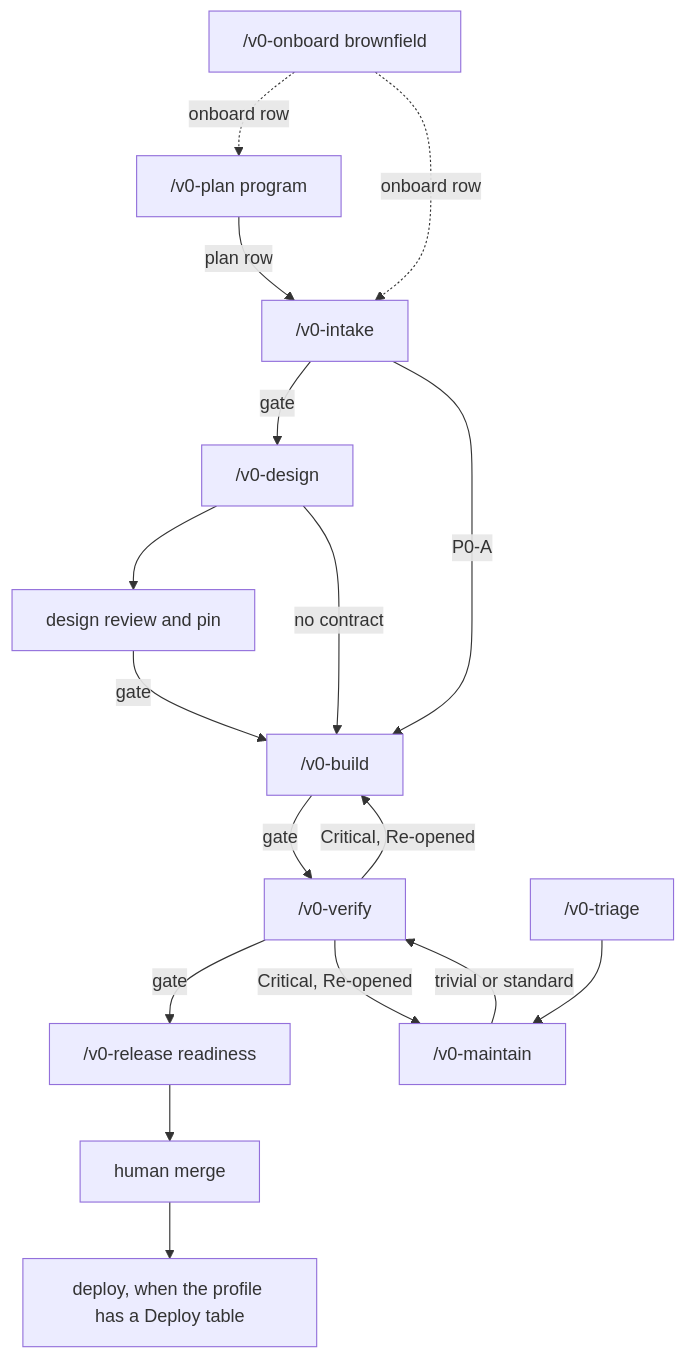
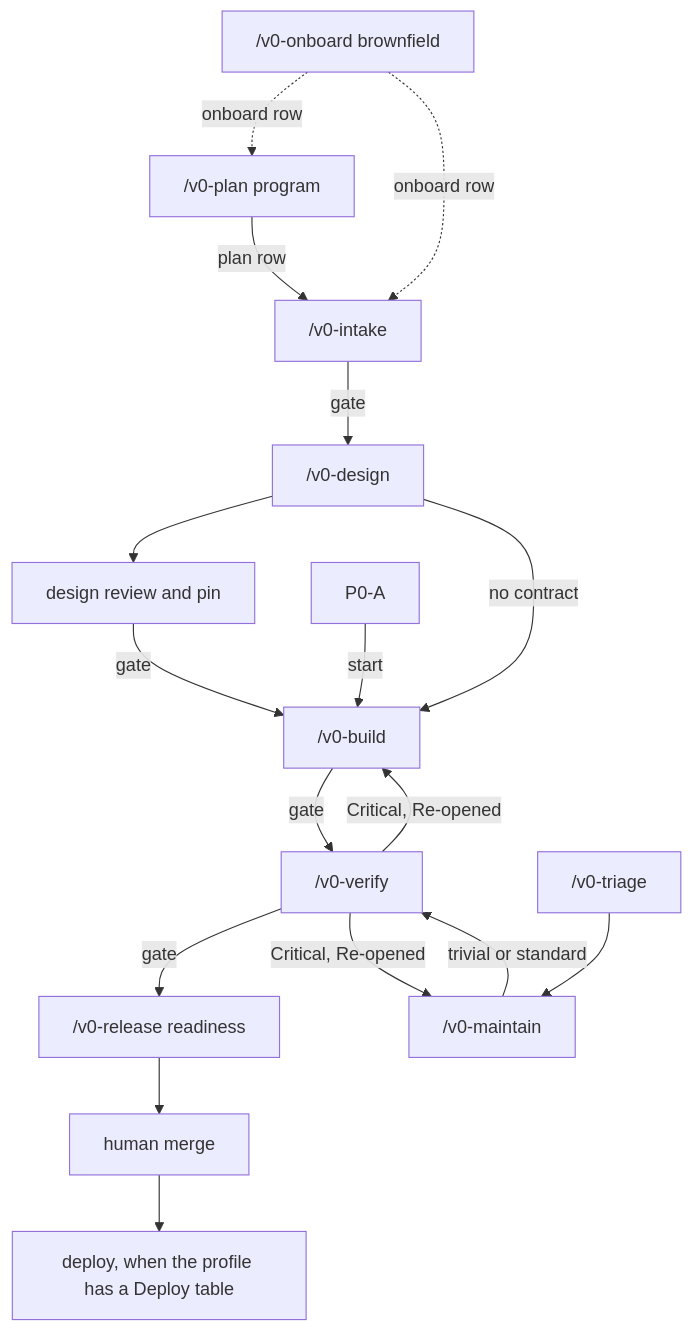
One commit to mdurana/agents-v0-kit changed the diagram in templates/docs/agents-v0/agents-v0-kit.md. Above: the diagram before and after it, drawn with Mermaid. The commit also changed other lines of this file and 20 other files, not shown here.

````diff
--- a/templates/docs/agents-v0/agents-v0-kit.md
+++ b/templates/docs/agents-v0/agents-v0-kit.md
@@ -9,32 +9,33 @@
 ```mermaid
 flowchart TD
   onboard["/v0-onboard brownfield"]
   plan["/v0-plan program"]
   intake["/v0-intake"]
   design["/v0-design"]
   dreview["design review and pin"]
   build["/v0-build"]
+  p0["P0-A"]
   verify["/v0-verify"]
   release["/v0-release readiness"]
   merge["human merge"]
   deploy["deploy, when the profile has a Deploy table"]
   triage["/v0-triage"]
   maintain["/v0-maintain"]
 
   onboard -.->|onboard row| plan
   onboard -.->|onboard row| intake
   plan -->|plan row| intake
   intake -->|gate| design
   design --> dreview
   dreview -->|gate| build
-  intake -->|P0-A| build
   design -->|no contract| build
+  p0 -->|start| build
   build -->|gate| verify
   verify -->|Critical, Re-opened| build
   verify -->|gate| release
   release --> merge
   merge --> deploy
   triage --> maintain
   maintain -->|trivial or standard| verify
   verify -->|Critical, Re-opened| maintain
 ```
````
